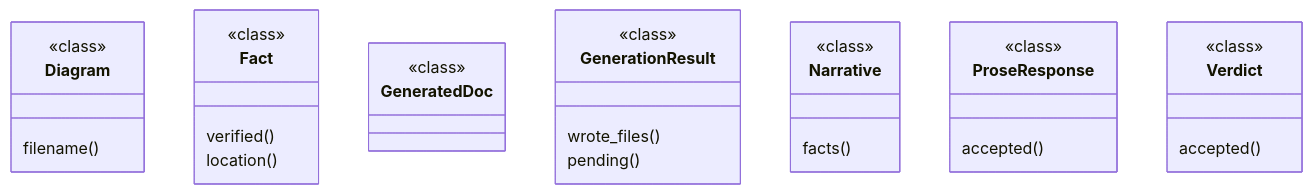
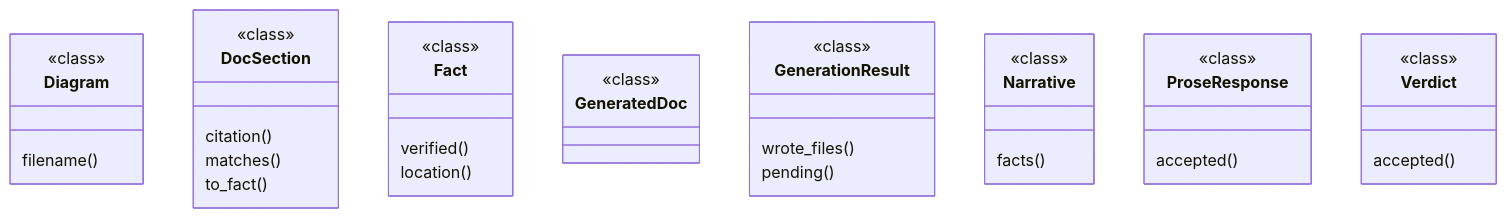
One commit to CharlyZeta/Docu changed the diagram in docs/generated/diagrams/clases-docu_generate.mmd. Above: the diagram before and after it, drawn with Mermaid. The commit also changed 14 other files, not shown here.

```diff
--- a/docs/generated/diagrams/clases-docu_generate.mmd
+++ b/docs/generated/diagrams/clases-docu_generate.mmd
@@ -1,23 +1,28 @@
 classDiagram
     class Diagram <<class>> {
         filename()
+    }
+    class DocSection <<class>> {
+        citation()
+        matches()
+        to_fact()
     }
     class Fact <<class>> {
         verified()
         location()
     }
     class GeneratedDoc <<class>> {
     }
     class GenerationResult <<class>> {
         wrote_files()
         pending()
     }
     class Narrative <<class>> {
         facts()
     }
     class ProseResponse <<class>> {
         accepted()
     }
     class Verdict <<class>> {
         accepted()
     }
```
